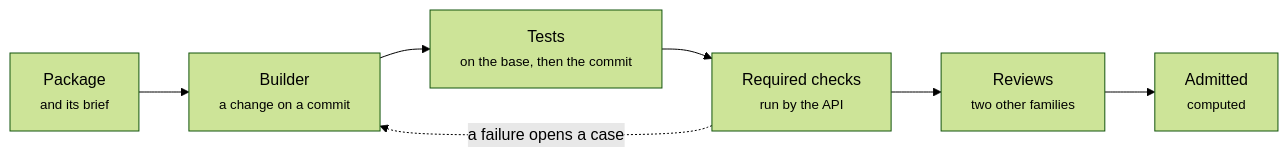
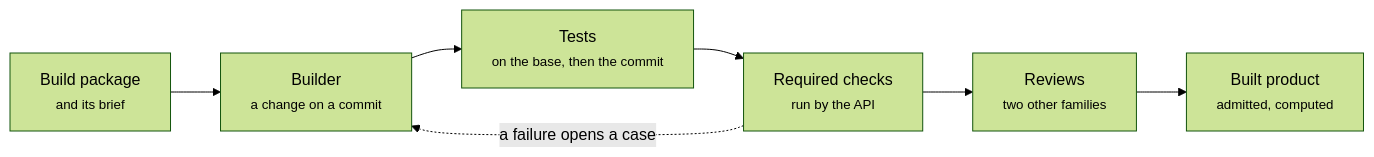
Before and after one commit to russlittle/ZTHR: the first of 3 diagrams in intent/docs/line/factory.md, drawn with Mermaid (forest theme). The commit also changed other lines of this file and 76 other files, not shown here.

````diff
--- a/intent/docs/line/factory.md
+++ b/intent/docs/line/factory.md
@@ -11,15 +11,15 @@
 ```mermaid
 flowchart LR
-  p["Package<br><small>and its brief</small>"]
+  p["Build package<br><small>and its brief</small>"]
   b["Builder<br><small>a change on a commit</small>"]
   t["Tests<br><small>on the base, then the commit</small>"]
   c["Required checks<br><small>run by the API</small>"]
   r["Reviews<br><small>two other families</small>"]
-  a["Admitted<br><small>computed</small>"]
+  a["Built product<br><small>admitted, computed</small>"]
   p --> b
   b --> t
   t --> c
   c --> r
   r --> a
   c -.->|a failure opens a case| b
 ```
````
